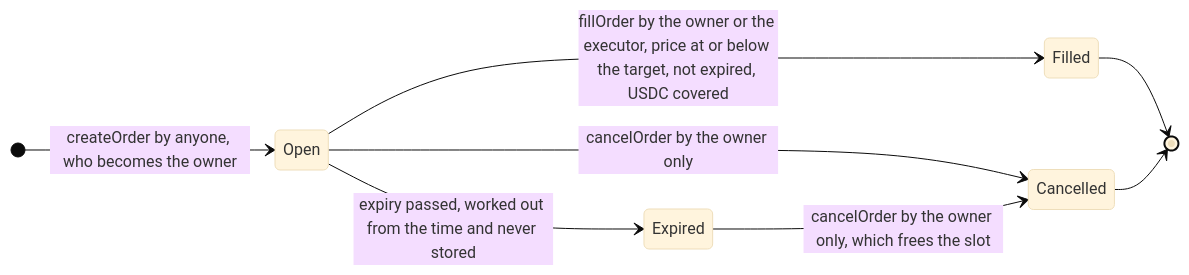
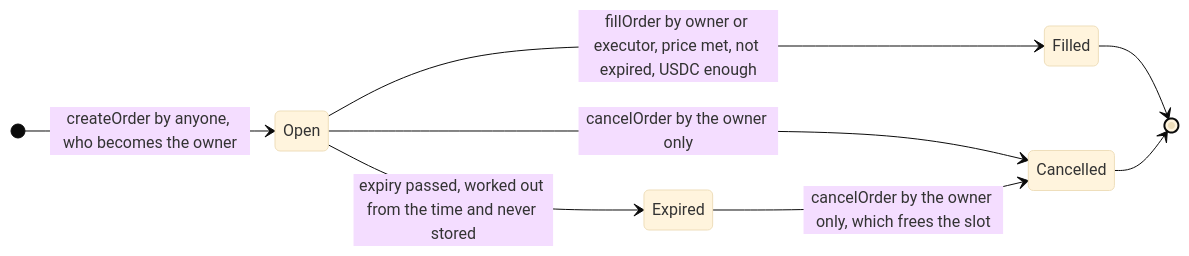
One commit to Zhen131/ZHENNs_Ledger_Trigger changed the diagram in docs/contract-spec.md. Above: the diagram before and after it, drawn with Mermaid (base theme). The commit also changed other lines of this file, not shown here.

Commit message:
Shorten the fill label in the state diagram and spell out its conditions

````diff
--- a/docs/contract-spec.md
+++ b/docs/contract-spec.md
@@ -206,11 +206,11 @@
 ```mermaid
 stateDiagram-v2
     direction LR
     [*] --> Open: createOrder by anyone, who becomes the owner
-    Open --> Filled: fillOrder by the owner or the executor, price at or below the target, not expired, USDC covered
+    Open --> Filled: fillOrder by owner or executor, price met, not expired, USDC enough
     Open --> Cancelled: cancelOrder by the owner only
     Open --> Expired: expiry passed, worked out from the time and never stored
     Expired --> Cancelled: cancelOrder by the owner only, which frees the slot
     Filled --> [*]
     Cancelled --> [*]
 ```
````
